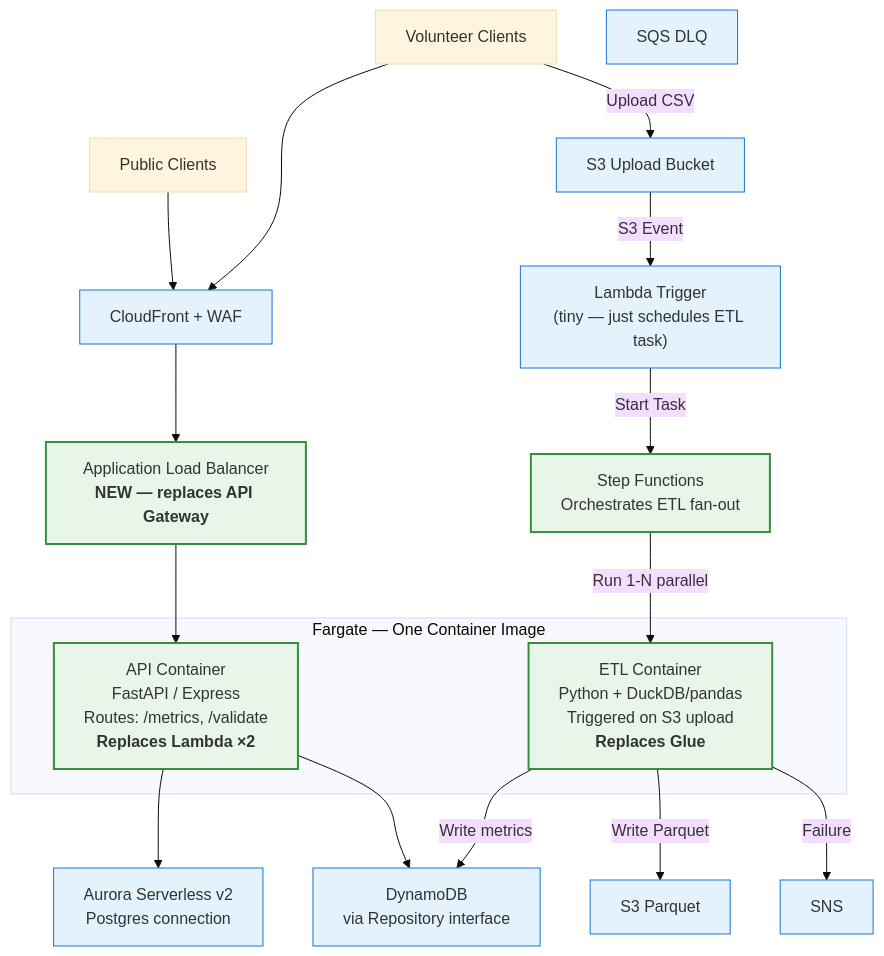
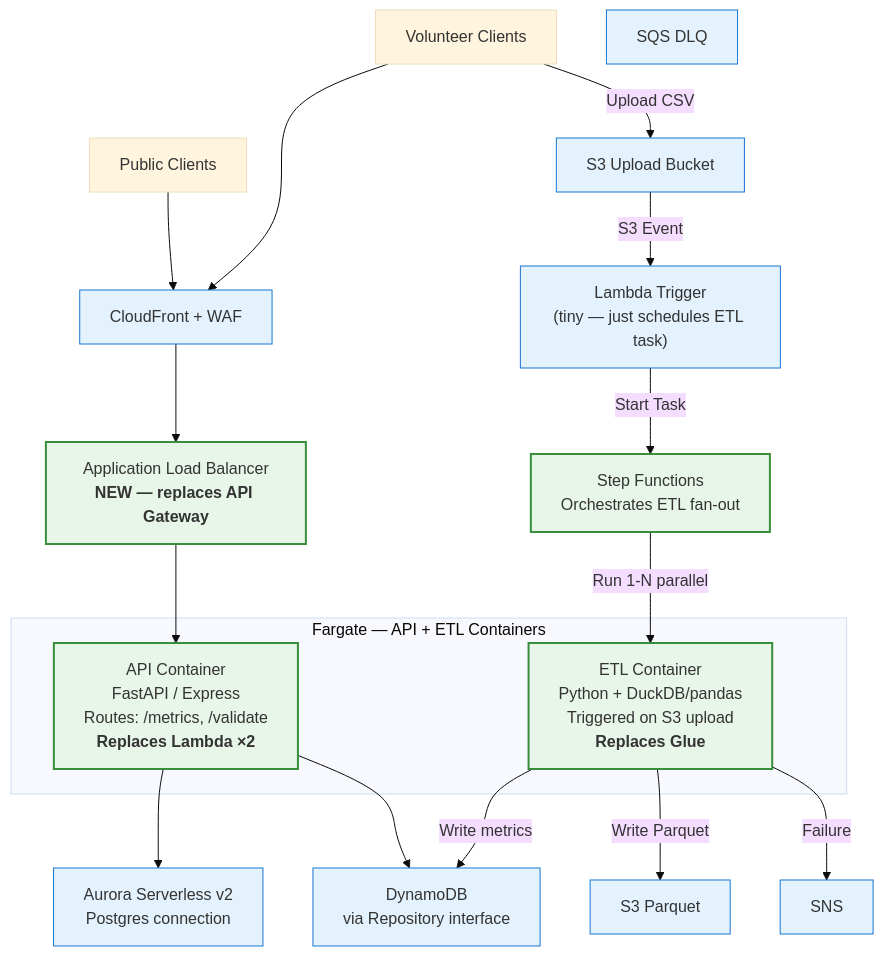
Before and after one commit to daryllmagsombol/ppcrv-poc: the first of 5 diagrams in readme-re-arch.md, drawn with Mermaid (base theme). The commit also changed other lines of this file and 1 other file, not shown here.

````diff
--- a/readme-re-arch.md
+++ b/readme-re-arch.md
@@ -46,41 +47,41 @@
 ```mermaid
 graph TB
     classDef new fill:#e8f5e9,stroke:#388e3c,stroke-width:2px
     classDef removed fill:#ffebee,stroke:#c62828,stroke-width:1px,stroke-dasharray: 5 5
     classDef unchanged fill:#e3f2fd,stroke:#1976d2,stroke-width:1px
 
     Public[Public Clients]
     Volunteer[Volunteer Clients]
 
     CF[CloudFront + WAF]:::unchanged
     ALB["Application Load Balancer<br/><b>NEW — replaces API Gateway</b>"]:::new
 
-    subgraph Fargate["Fargate — One Container Image"]
+    subgraph Fargate["Fargate — API + ETL Containers"]
         API["API Container<br/>FastAPI / Express<br/>Routes: /metrics, /validate<br/><b>Replaces Lambda ×2</b>"]:::new
         ETL["ETL Container<br/>Python + DuckDB/pandas<br/>Triggered on S3 upload<br/><b>Replaces Glue</b>"]:::new
     end
 
     S3Upload[S3 Upload Bucket]:::unchanged
     S3Trigger["Lambda Trigger<br/>(tiny — just schedules ETL task)"]:::unchanged
     SF["Step Functions<br/>Orchestrates ETL fan-out"]:::new
     S3Parquet[S3 Parquet]:::unchanged
     Aurora[Aurora Serverless v2<br/>Postgres connection]:::unchanged
     DDB[DynamoDB<br/>via Repository interface]:::unchanged
     SNS[SNS]:::unchanged
     SQS[SQS DLQ]:::unchanged
 
     Public --> CF
     Volunteer --> CF
     CF --> ALB
     ALB --> API
     API --> Aurora
     API --> DDB
 
     Volunteer -->|Upload CSV| S3Upload
     S3Upload -->|S3 Event| S3Trigger
     S3Trigger -->|Start Task| SF
     SF -->|Run 1-N parallel| ETL
     ETL -->|Write Parquet| S3Parquet
     ETL -->|Write metrics| DDB
     ETL -->|Failure| SNS
 ```
````
